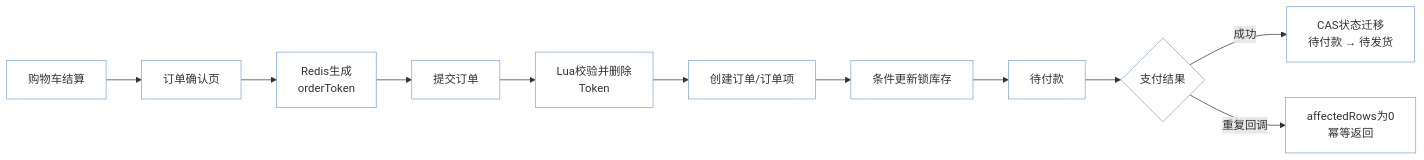
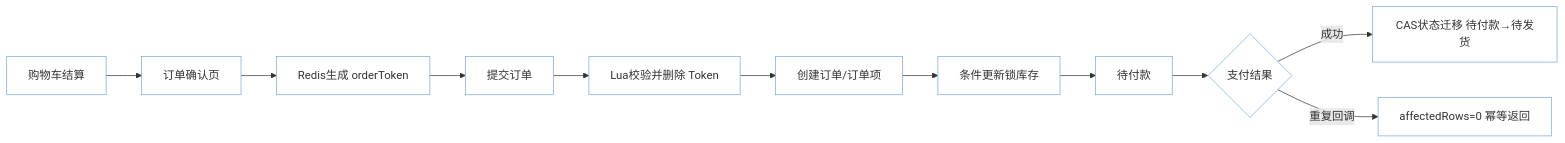
One commit to liangyingde007/3c-mall-trade-system changed the diagram in README.md. Above: the diagram before and after it, drawn with Mermaid. The commit also changed other lines of this file, not shown here.

````diff
--- a/README.md
+++ b/README.md
@@ -58,29 +75,20 @@
 ``` mermaid
 flowchart LR
 
 classDef box fill:#ffffff,stroke:#7aa7d9,stroke-width:1px,color:#333;
 classDef decision fill:#ffffff,stroke:#7aa7d9,stroke-width:1px,color:#333;
 
 A[购物车结算] --> B[订单确认页]
-
-B --> C[Redis生成<br/>orderToken]
-
+B --> C[Redis生成 orderToken]
 C --> D[提交订单]
-
-D --> E[Lua校验并删除<br/>Token]
-
+D --> E[Lua校验并删除 Token]
 E --> F[创建订单/订单项]
-
 F --> G[条件更新锁库存]
-
 G --> H[待付款]
-
 H --> I{支付结果}
-
-I -->|成功| J[CAS状态迁移<br/>待付款 → 待发货]
-
-I -->|重复回调| K[affectedRows为0<br/>幂等返回]
+I -->|成功| J[CAS状态迁移 待付款→待发货]
+I -->|重复回调| K[affectedRows=0 幂等返回]
 
 class A,B,C,D,E,F,G,H,J,K box;
 class I decision;
 ```
````
